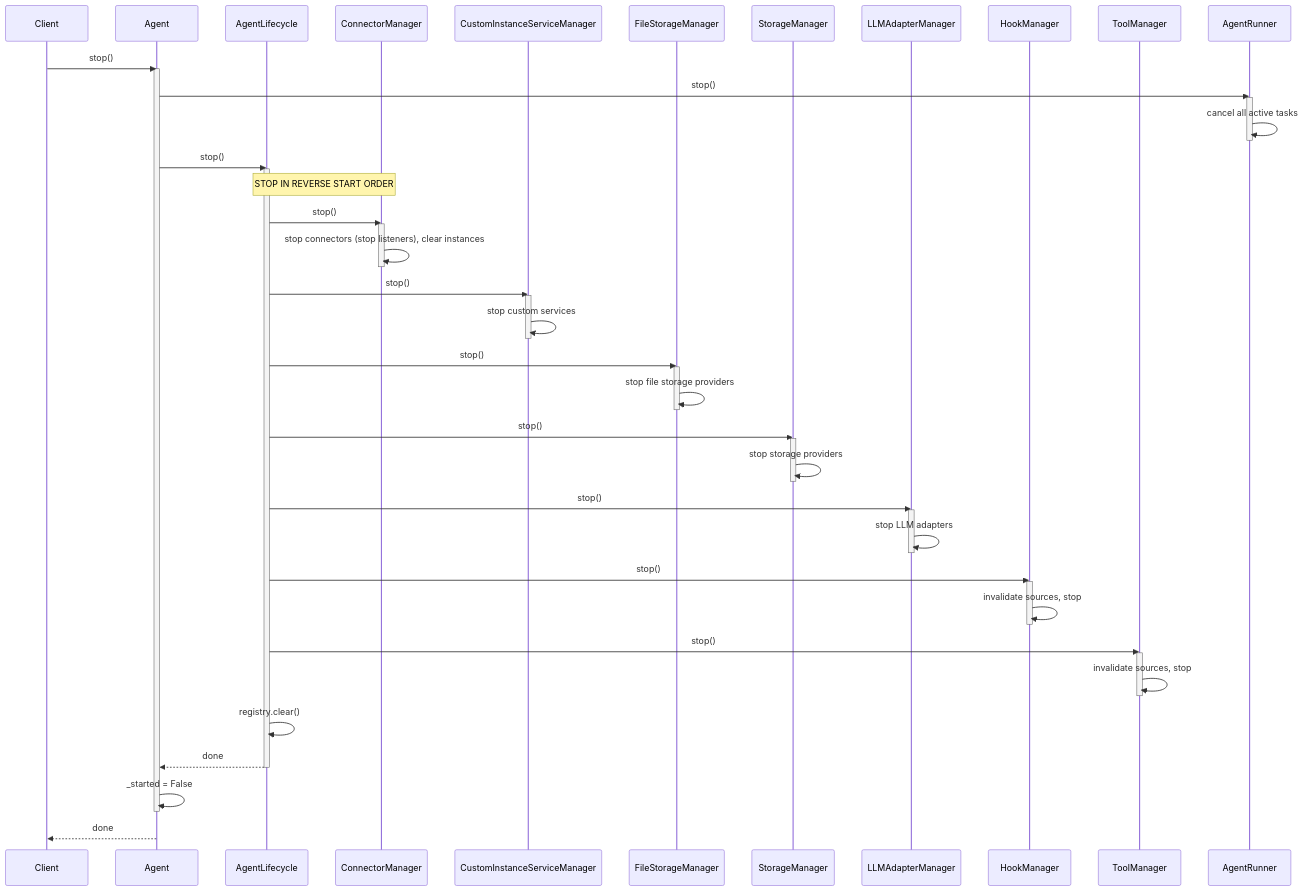
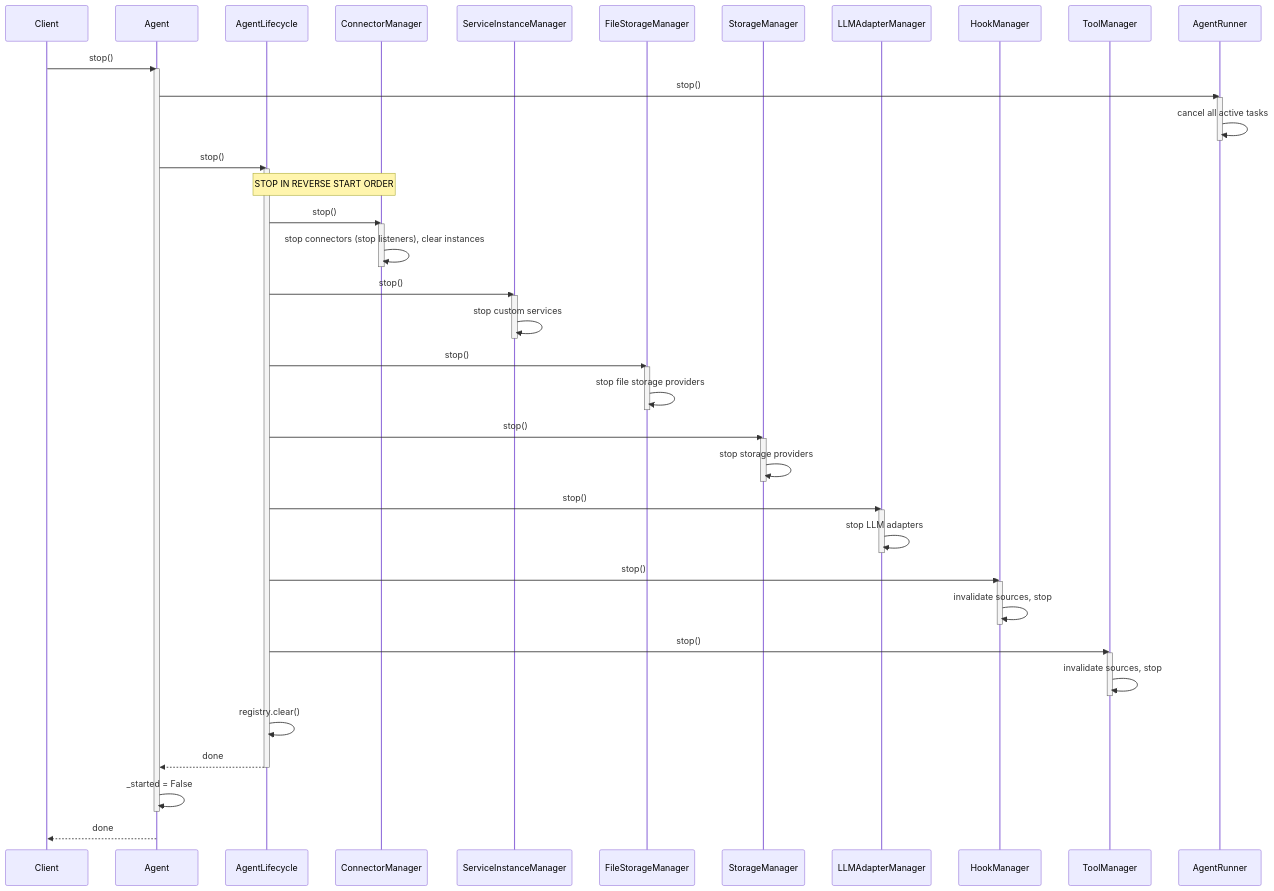
Before and after one commit to matrixd0t/commamatrix: the seventh of 12 diagrams in visuals.md, drawn with Mermaid. The commit also changed other lines of this file and 36 other files, not shown here.

````diff
--- a/visuals.md
+++ b/visuals.md
@@ -351,70 +349,70 @@
 ```mermaid
 sequenceDiagram
     participant Client
     participant Agent
     participant SM as AgentLifecycle
     participant ConM as ConnectorManager
-    participant CSM as CustomInstanceServiceManager
+    participant SMgr as ServiceInstanceManager
     participant FStM as FileStorageManager
     participant StM as StorageManager
     participant LM as LLMAdapterManager
     participant HM as HookManager
     participant TM as ToolManager
     participant Runner as AgentRunner
 
     Client->>Agent: stop()
     activate Agent
 
     Agent->>Runner: stop()
     activate Runner
     Runner->>Runner: cancel all active tasks
     deactivate Runner
 
     Agent->>SM: stop()
     activate SM
 
     Note over SM,ConM: STOP IN REVERSE START ORDER
 
     SM->>ConM: stop()
     activate ConM
     ConM->>ConM: stop connectors (stop listeners), clear instances
     deactivate ConM
 
-    SM->>CSM: stop()
-    activate CSM
-    CSM->>CSM: stop custom services
-    deactivate CSM
+    SM->>SMgr: stop()
+    activate SMgr
+    SMgr->>SMgr: stop custom services
+    deactivate SMgr
 
     SM->>FStM: stop()
     activate FStM
     FStM->>FStM: stop file storage providers
     deactivate FStM
 
     SM->>StM: stop()
     activate StM
     StM->>StM: stop storage providers
     deactivate StM
 
     SM->>LM: stop()
     activate LM
     LM->>LM: stop LLM adapters
     deactivate LM
 
     SM->>HM: stop()
     activate HM
     HM->>HM: invalidate sources, stop
     deactivate HM
 
     SM->>TM: stop()
     activate TM
     TM->>TM: invalidate sources, stop
     deactivate TM
 
     SM->>SM: registry.clear()
     SM-->>Agent: done
     deactivate SM
 
     Agent->>Agent: _started = False
     deactivate Agent
     Agent-->>Client: done
 ```
````
